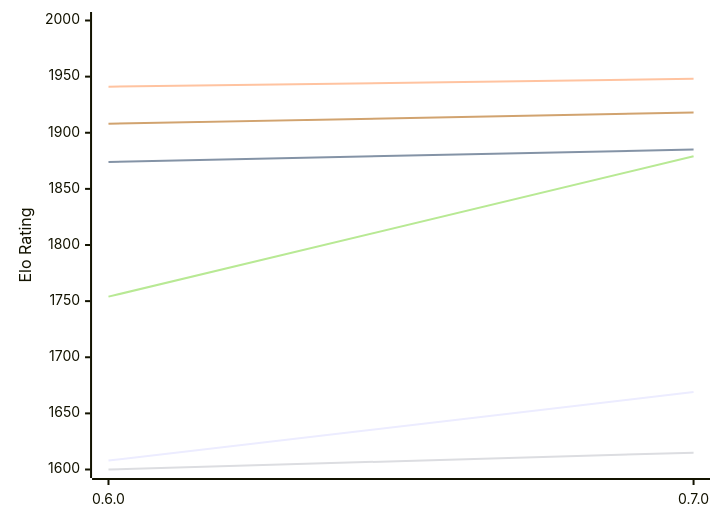
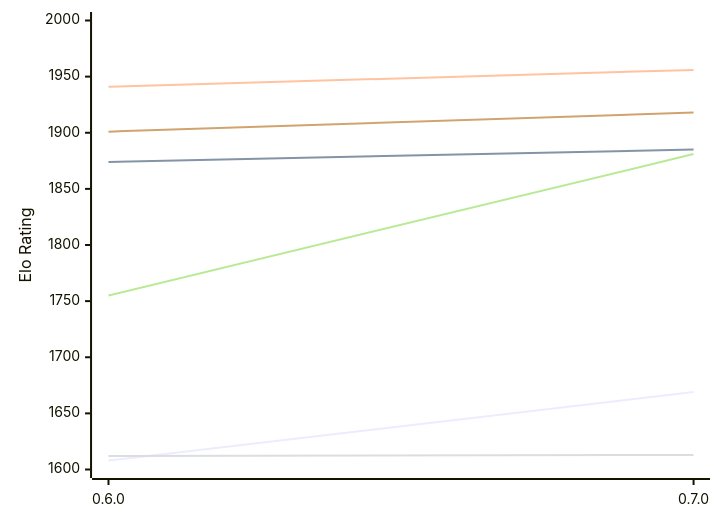
The first of 2 diagrams in engines/Chess-rs.md (computer-chess-index/cci), drawn with Mermaid before and after one commit. The commit also changed other lines of this file, not shown here.

Commit message:
Update CCI Ratings (ELO VLTC) - 2026-11-20

````diff
--- a/engines/Chess-rs.md
+++ b/engines/Chess-rs.md
@@ -51,12 +51,12 @@
 ```mermaid
 %%{init: {"theme":"base","themeVariables":{"seriesColors:['#a3a3a3','#222221','#faa371']}}}%%
 xychart-beta
   x-axis ["0.6.0", "0.7.0"]
   y-axis "Elo Rating" 1600 --> 2000
   line "E1: STC (8.0+0.08s)" [1608, 1669]
   line "E1: LTC (60.0+0.60s)" [1874, 1885]
-  line "E1: VLTC (2m24s+1.12s)" [1941, 1948]
-  line "P1: STC (8.0+0.08s)" [1600, 1615]
-  line "P1: LTC (60.0+0.60s)" [1754, 1879]
-  line "P1: VLTC (2m24s+1.12s)" [1908, 1918]
+  line "E1: VLTC (2m24s+1.12s)" [1941, 1956]
+  line "P1: STC (8.0+0.08s)" [1612, 1613]
+  line "P1: LTC (60.0+0.60s)" [1755, 1881]
+  line "P1: VLTC (2m24s+1.12s)" [1901, 1918]
 ```
````
